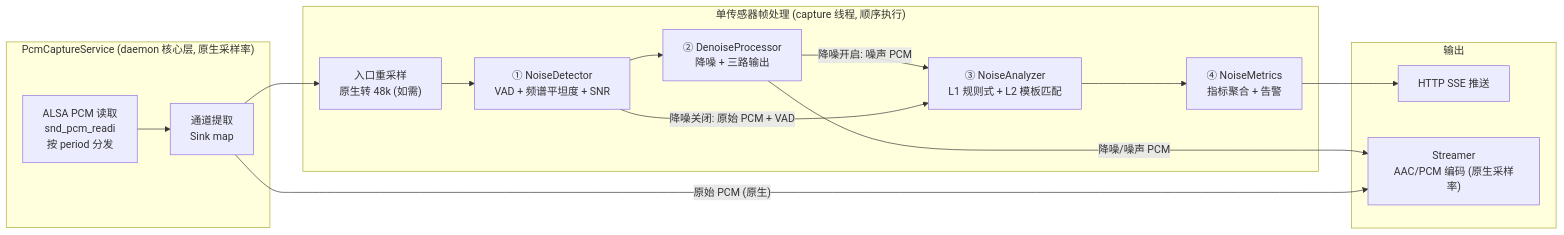
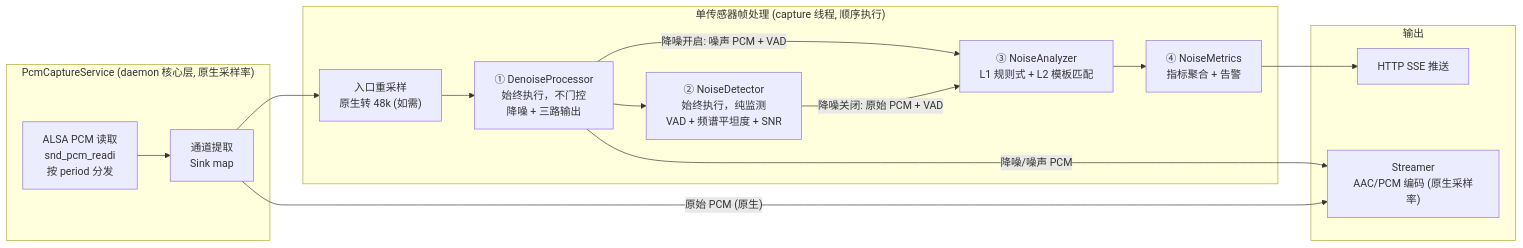
Before and after one commit to JunJunHub/aes67-linux-daemon: the sixth of 6 diagrams in docs/noise/architecture-design.md, drawn with Mermaid. The commit also changed other lines of this file, not shown here.

First line of the commit message:
docs(noise): NoiseDetector 重定位为监测角色 + ①②顺序执行无门控

````diff
--- a/docs/noise/architecture-design.md
+++ b/docs/noise/architecture-design.md
@@ -1179,30 +1189,30 @@
 ```mermaid
 flowchart LR
     subgraph 截取["PcmCaptureService (daemon 核心层, 原生采样率)"]
         ALSA_R["ALSA PCM 读取<br/>snd_pcm_readi<br/>按 period 分发"]
         CH_EXTRACT["通道提取<br/>Sink map"]
         ALSA_R --> CH_EXTRACT
     end
 
     subgraph 顺序处理["单传感器帧处理 (capture 线程, 顺序执行)"]
         RESAMPLE["入口重采样<br/>原生转 48k (如需)"]
-        DET["① NoiseDetector<br/>VAD + 频谱平坦度 + SNR"]
-        DNR["② DenoiseProcessor<br/>降噪 + 三路输出"]
+        DNR["① DenoiseProcessor<br/>始终执行，不门控<br/>降噪 + 三路输出"]
+        DET["② NoiseDetector<br/>始终执行，纯监测<br/>VAD + 频谱平坦度 + SNR"]
         ANA["③ NoiseAnalyzer<br/>L1 规则式 + L2 模板匹配"]
         MET["④ NoiseMetrics<br/>指标聚合 + 告警"]
-        RESAMPLE --> DET --> DNR
-        DNR -->|"降噪开启: 噪声 PCM"| ANA
+        RESAMPLE --> DNR --> DET
+        DNR -->|"降噪开启: 噪声 PCM + VAD"| ANA
         DET -->|"降噪关闭: 原始 PCM + VAD"| ANA
         ANA --> MET
     end
 
     subgraph 输出["输出"]
         HTTP_SSE["HTTP SSE 推送"]
         STR_OUT["Streamer<br/>AAC/PCM 编码 (原生采样率)"]
     end
 
     CH_EXTRACT --> RESAMPLE
     DNR -->|"降噪/噪声 PCM"| STR_OUT
     CH_EXTRACT -->|"原始 PCM (原生)"| STR_OUT
     MET --> HTTP_SSE
 ```
````
